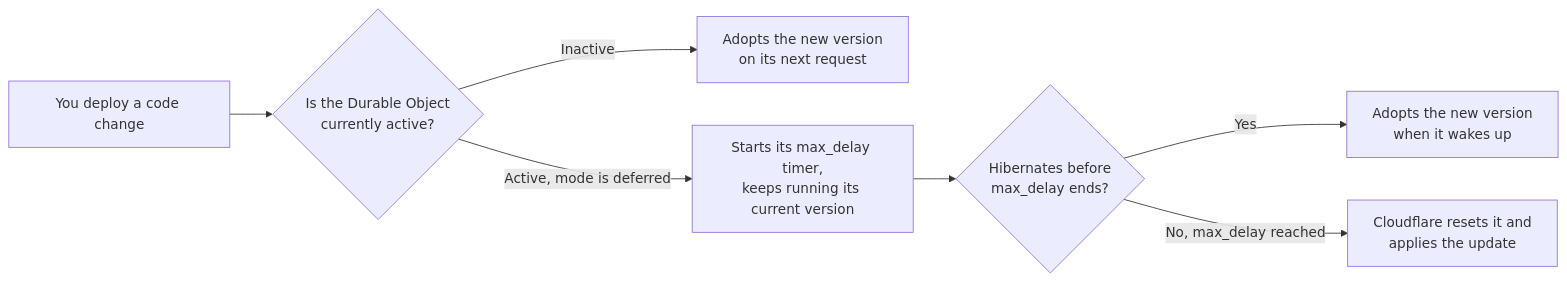
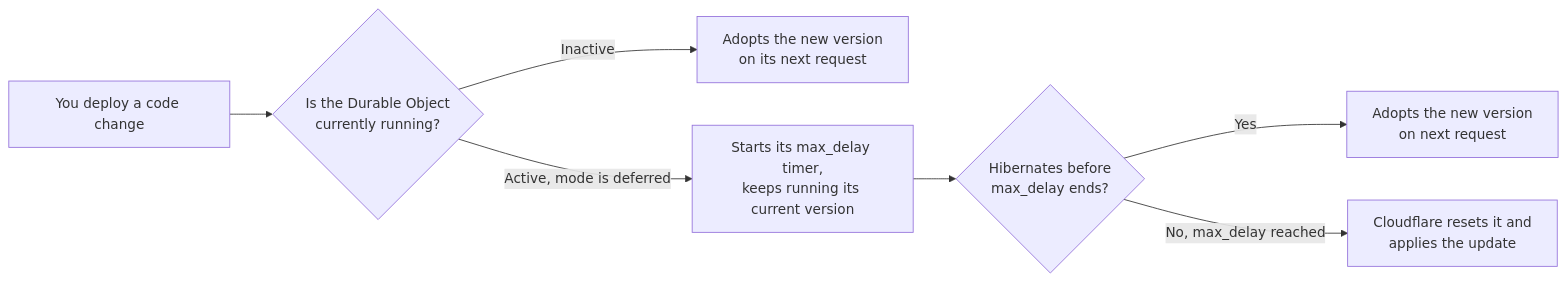
The diagram in src/content/docs/durable-objects/deployments/durable-objects-code-updates.mdx (cloudflare/cloudflare-docs), drawn with Mermaid before and after one commit. The commit also changed other lines of this file, not shown here.

Commit message:
Apply suggestions from code review

````diff
--- a/src/content/docs/durable-objects/deployments/durable-objects-code-updates.mdx
+++ b/src/content/docs/durable-objects/deployments/durable-objects-code-updates.mdx
@@ -46,9 +46,9 @@
 ```mermaid
 flowchart LR
-    A["You deploy a code change"] --> B{"Is the Durable Object<br/>currently active?"}
+    A["You deploy a code change"] --> B{"Is the Durable Object<br/>currently running?"}
     B -->|Inactive| C["Adopts the new version<br/>on its next request"]
     B -->|"Active, mode is deferred"| D["Starts its max_delay timer,<br/>keeps running its current version"]
     D --> E{"Hibernates before<br/>max_delay ends?"}
-    E -->|Yes| F["Adopts the new version<br/>when it wakes up"]
+    E -->|Yes| F["Adopts the new version<br/>on next request"]
     E -->|"No, max_delay reached"| G["Cloudflare resets it and<br/>applies the update"]
 ```
````
